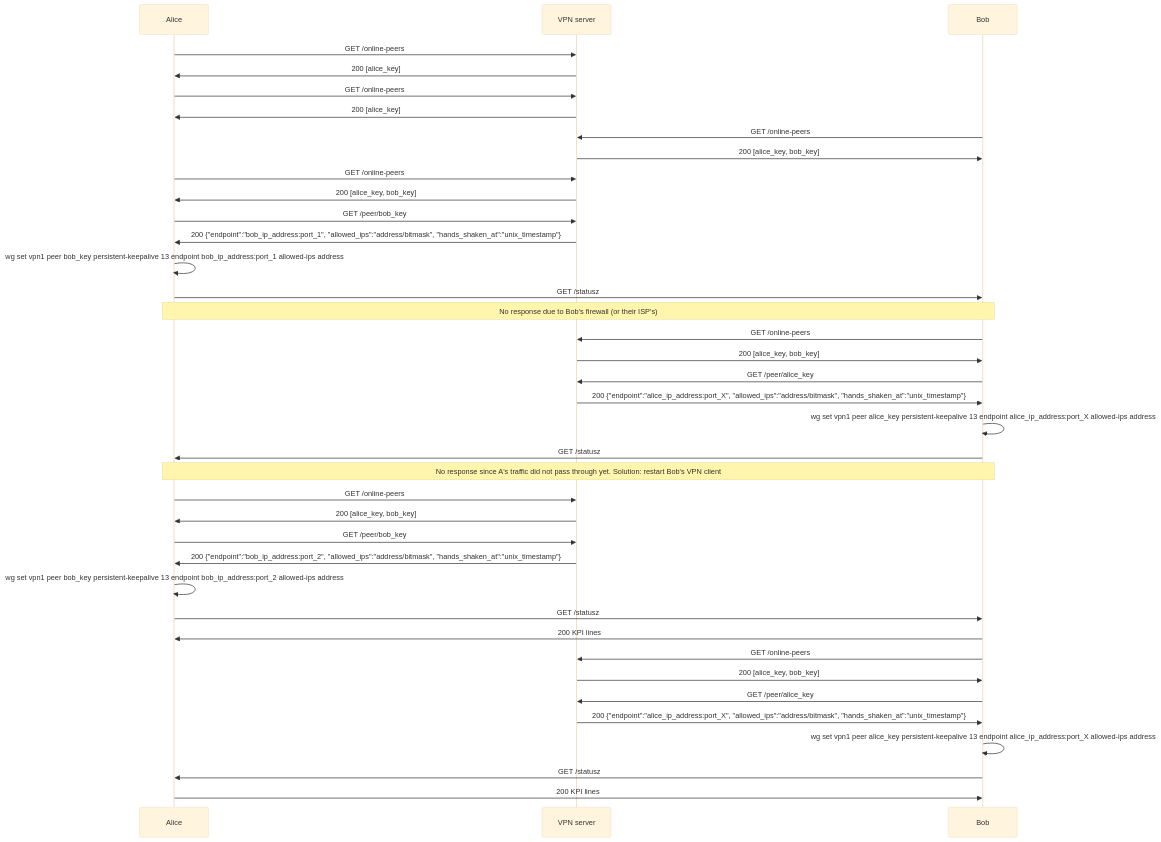
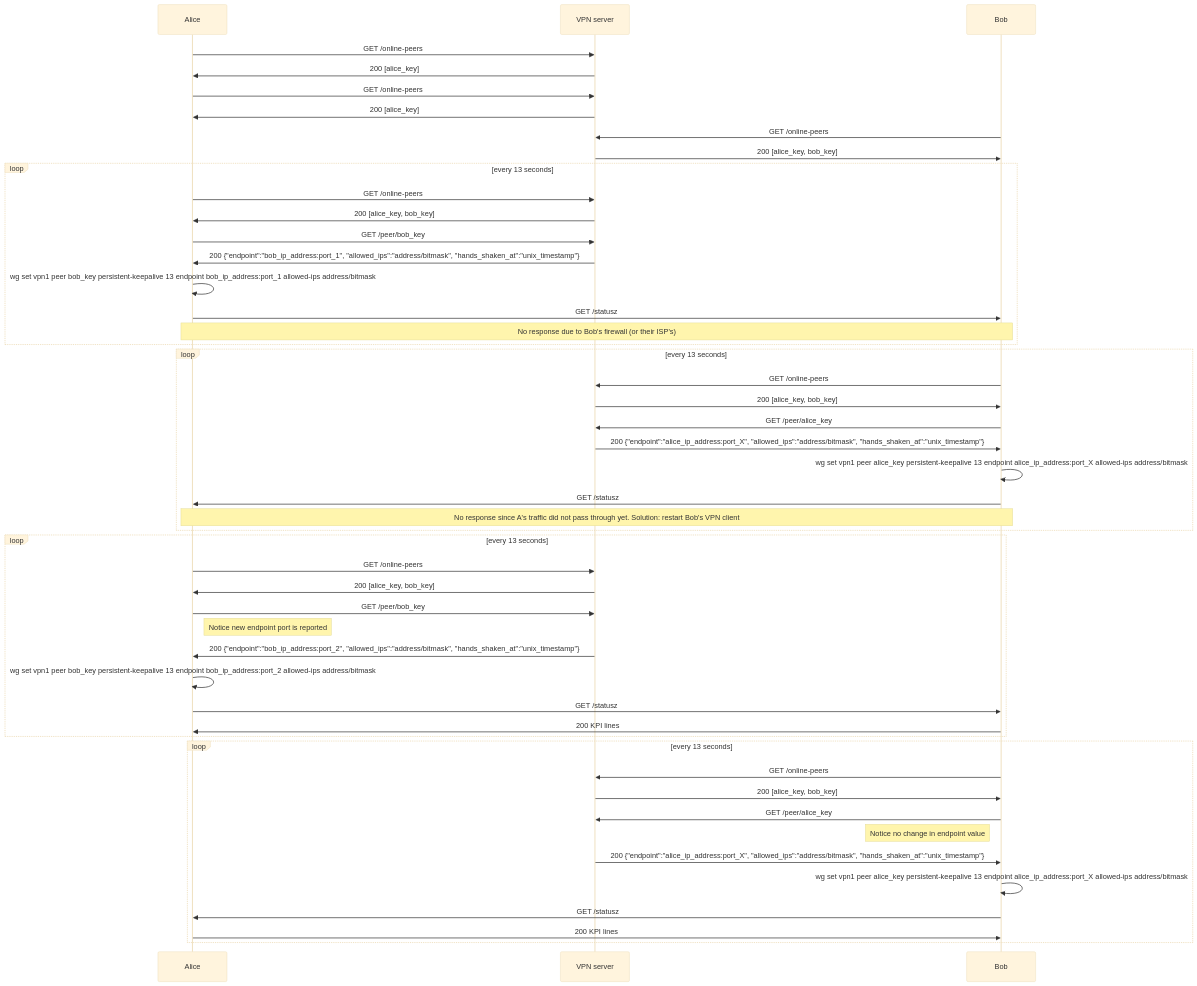
The diagram in README.md (samunders-core/wg-endpoint-discovery), drawn with Mermaid (base theme) before and after one commit.

Commit message:
mermaid loops

````diff
--- a/README.md
+++ b/README.md
@@ -5,47 +5,57 @@
 ```mermaid
 sequenceDiagram
     participant A as Alice
     participant S as VPN server
     participant B as Bob
 
     A->>S: GET /online-peers
     S->>A: 200 [alice_key]
 
     A->>S: GET /online-peers
     S->>A: 200 [alice_key]
     
     B->>S: GET /online-peers
     S->>B: 200 [alice_key, bob_key]
     
-    A->>S: GET /online-peers
-    S->>A: 200 [alice_key, bob_key]
-    A->>S: GET /peer/bob_key
-    S->>A: 200 {"endpoint":"bob_ip_address:port_1", "allowed_ips":"address/bitmask", "hands_shaken_at":"unix_timestamp"}
-    A->>A: wg set vpn1 peer bob_key persistent-keepalive 13 endpoint bob_ip_address:port_1 allowed-ips address
-    A->>B: GET /statusz
-    Note over A,B: No response due to Bob's firewall (or their ISP's)
+    loop every 13 seconds
+        A->>S: GET /online-peers
+        S->>A: 200 [alice_key, bob_key]
+        A->>S: GET /peer/bob_key
+        S->>A: 200 {"endpoint":"bob_ip_address:port_1", "allowed_ips":"address/bitmask", "hands_shaken_at":"unix_timestamp"}
+        A->>A: wg set vpn1 peer bob_key persistent-keepalive 13 endpoint bob_ip_address:port_1 allowed-ips address/bitmask
+        A->>B: GET /statusz
+        Note over A,B: No response due to Bob's firewall (or their ISP's)
+    end
     
-    B->>S: GET /online-peers
-    S->>B: 200 [alice_key, bob_key]
-    B->>S: GET /peer/alice_key
-    S->>B: 200 {"endpoint":"alice_ip_address:port_X", "allowed_ips":"address/bitmask", "hands_shaken_at":"unix_timestamp"}
-    B->>B: wg set vpn1 peer alice_key persistent-keepalive 13 endpoint alice_ip_address:port_X allowed-ips address
-    B->>A: GET /statusz
-    Note over A,B: No response since A's traffic did not pass through yet. Solution: restart Bob's VPN client
+    loop every 13 seconds
+        B->>S: GET /online-peers
+        S->>B: 200 [alice_key, bob_key]
+        B->>S: GET /peer/alice_key
+        S->>B: 200 {"endpoint":"alice_ip_address:port_X", "allowed_ips":"address/bitmask", "hands_shaken_at":"unix_timestamp"}
+        B->>B: wg set vpn1 peer alice_key persistent-keepalive 13 endpoint alice_ip_address:port_X allowed-ips address/bitmask
+        B->>A: GET /statusz
+        Note over A,B: No response since A's traffic did not pass through yet. Solution: restart Bob's VPN client
+    end
 
-    A->>S: GET /online-peers
-    S->>A: 200 [alice_key, bob_key]
-    A->>S: GET /peer/bob_key
-    S->>A: 200 {"endpoint":"bob_ip_address:port_2", "allowed_ips":"address/bitmask", "hands_shaken_at":"unix_timestamp"}
-    A->>A: wg set vpn1 peer bob_key persistent-keepalive 13 endpoint bob_ip_address:port_2 allowed-ips address
-    A->>B: GET /statusz
-    B->>A: 200 KPI lines
+    loop every 13 seconds
+        A->>S: GET /online-peers
+        S->>A: 200 [alice_key, bob_key]
+        A->>S: GET /peer/bob_key
+        Note right of A: Notice new endpoint port is reported
+        S->>A: 200 {"endpoint":"bob_ip_address:port_2", "allowed_ips":"address/bitmask", "hands_shaken_at":"unix_timestamp"}
+        A->>A: wg set vpn1 peer bob_key persistent-keepalive 13 endpoint bob_ip_address:port_2 allowed-ips address/bitmask
+        A->>B: GET /statusz
+        B->>A: 200 KPI lines
+    end
 
-    B->>S: GET /online-peers
-    S->>B: 200 [alice_key, bob_key]
-    B->>S: GET /peer/alice_key
-    S->>B: 200 {"endpoint":"alice_ip_address:port_X", "allowed_ips":"address/bitmask", "hands_shaken_at":"unix_timestamp"}
-    B->>B: wg set vpn1 peer alice_key persistent-keepalive 13 endpoint alice_ip_address:port_X allowed-ips address
-    B->>A: GET /statusz
-    A->>B: 200 KPI lines
+    loop every 13 seconds
+        B->>S: GET /online-peers
+        S->>B: 200 [alice_key, bob_key]
+        B->>S: GET /peer/alice_key
+        Note left of B: Notice no change in endpoint value
+        S->>B: 200 {"endpoint":"alice_ip_address:port_X", "allowed_ips":"address/bitmask", "hands_shaken_at":"unix_timestamp"}
+        B->>B: wg set vpn1 peer alice_key persistent-keepalive 13 endpoint alice_ip_address:port_X allowed-ips address/bitmask
+        B->>A: GET /statusz
+        A->>B: 200 KPI lines
+    end
 ```
````
